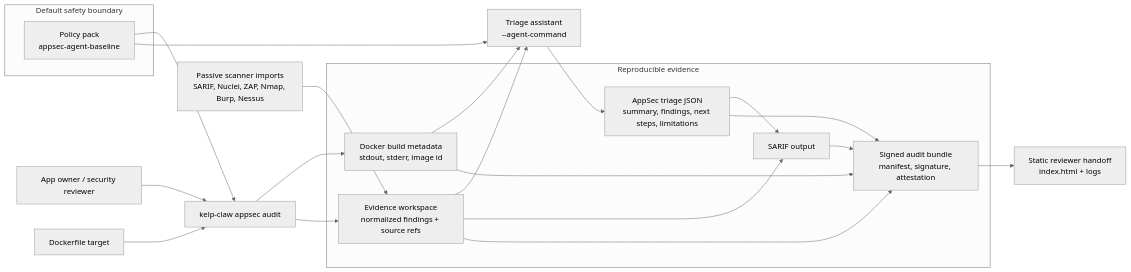
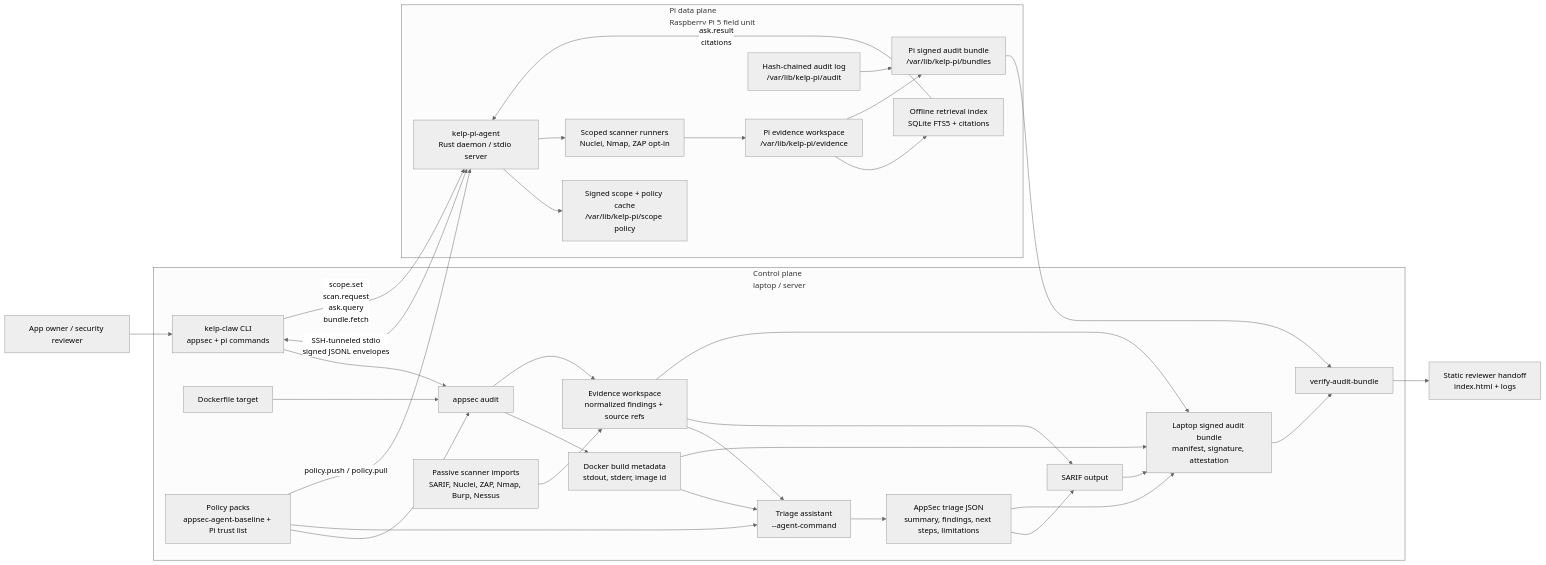
Before and after one commit to gongahkia/onibi: the diagram in docs/architecture.mmd, drawn with Mermaid (neutral theme). The commit also changed 1 other file, not shown here.

Commit message:
docs: show Kelp Pi architecture split

```diff
--- a/docs/architecture.mmd
+++ b/docs/architecture.mmd
@@ -1,43 +1,60 @@
 flowchart LR
   user["App owner / security reviewer"]
-  appsec["kelp-claw appsec audit"]
-  dockerfile["Dockerfile target"]
-  docker["Docker build metadata\nstdout, stderr, image id"]
-  scanner["Passive scanner imports\nSARIF, Nuclei, ZAP, Nmap, Burp, Nessus"]
-  evidence["Evidence workspace\nnormalized findings + source refs"]
-  policy["Policy pack\nappsec-agent-baseline"]
-  agent["Triage assistant\n--agent-command"]
-  triage["AppSec triage JSON\nsummary, findings, next steps, limitations"]
-  sarif["SARIF output"]
-  bundle["Signed audit bundle\nmanifest, signature, attestation"]
   reviewer["Static reviewer handoff\nindex.html + logs"]
 
-  user --> appsec
+  subgraph control["Control plane\nlaptop / server"]
+    cli["kelp-claw CLI\nappsec + pi commands"]
+    appsec["appsec audit"]
+    dockerfile["Dockerfile target"]
+    docker["Docker build metadata\nstdout, stderr, image id"]
+    scannerImport["Passive scanner imports\nSARIF, Nuclei, ZAP, Nmap, Burp, Nessus"]
+    evidence["Evidence workspace\nnormalized findings + source refs"]
+    policy["Policy packs\nappsec-agent-baseline + Pi trust list"]
+    agent["Triage assistant\n--agent-command"]
+    triage["AppSec triage JSON\nsummary, findings, next steps, limitations"]
+    sarif["SARIF output"]
+    bundle["Laptop signed audit bundle\nmanifest, signature, attestation"]
+    verifier["verify-audit-bundle"]
+  end
+
+  subgraph pi["Pi data plane\nRaspberry Pi 5 field unit"]
+    piAgent["kelp-pi-agent\nRust daemon / stdio server"]
+    piScope["Signed scope + policy cache\n/var/lib/kelp-pi/scope policy"]
+    piScanners["Scoped scanner runners\nNuclei, Nmap, ZAP opt-in"]
+    piEvidence["Pi evidence workspace\n/var/lib/kelp-pi/evidence"]
+    piIndex["Offline retrieval index\nSQLite FTS5 + citations"]
+    piAudit["Hash-chained audit log\n/var/lib/kelp-pi/audit"]
+    piBundle["Pi signed audit bundle\n/var/lib/kelp-pi/bundles"]
+  end
+
+  user --> cli
   dockerfile --> appsec
+  cli --> appsec
   appsec --> docker
-  scanner --> evidence
+  scannerImport --> evidence
   appsec --> evidence
   policy --> appsec
   evidence --> agent
   docker --> agent
   policy --> agent
   agent --> triage
   evidence --> sarif
   triage --> sarif
   docker --> bundle
   evidence --> bundle
   triage --> bundle
   sarif --> bundle
-  bundle --> reviewer
+  bundle --> verifier
+  verifier --> reviewer
 
-  subgraph safety["Default safety boundary"]
-    policy
-  end
-
-  subgraph artifacts["Reproducible evidence"]
-    docker
-    evidence
-    triage
-    sarif
-    bundle
-  end
+  cli <-->|"SSH-tunneled stdio\nsigned JSONL envelopes"| piAgent
+  policy -->|"policy.push / policy.pull"| piAgent
+  cli -->|"scope.set\nscan.request\nask.query\nbundle.fetch"| piAgent
+  piAgent --> piScope
+  piAgent --> piScanners
+  piScanners --> piEvidence
+  piEvidence --> piIndex
+  piEvidence --> piBundle
+  piAudit --> piBundle
+  piIndex -->|"ask.result\ncitations"| piAgent
+  piBundle --> verifier
```
